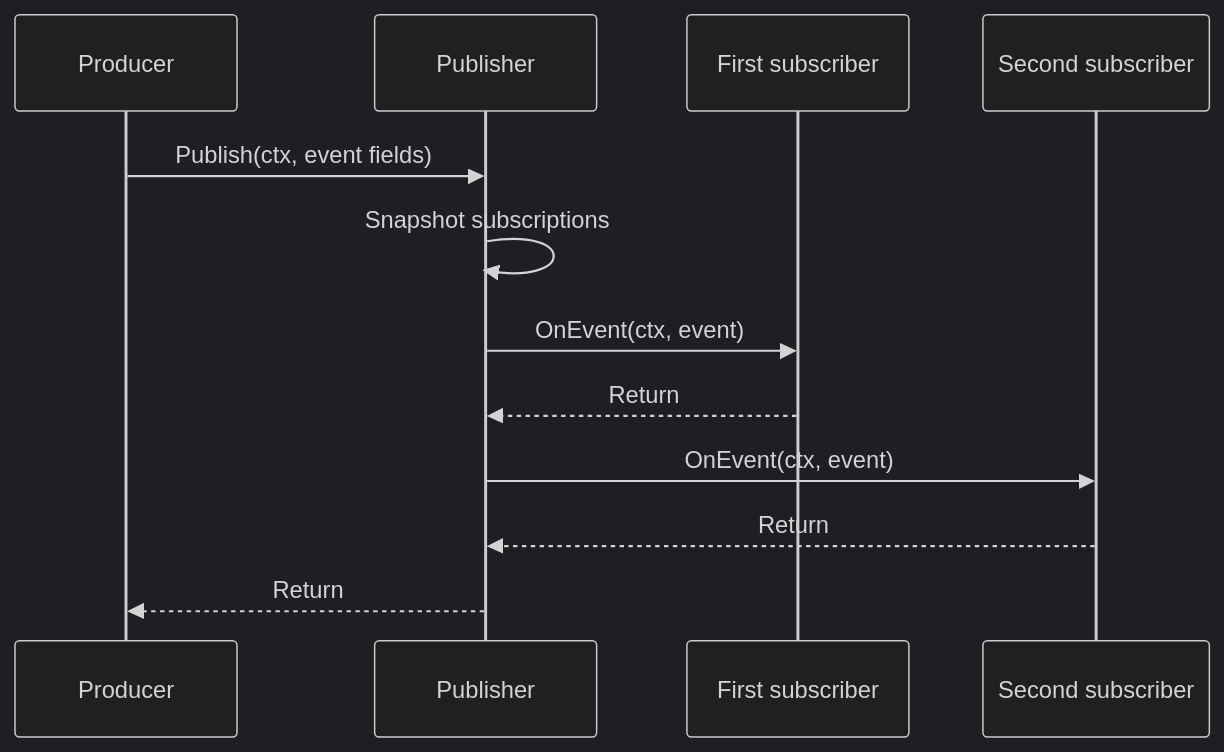
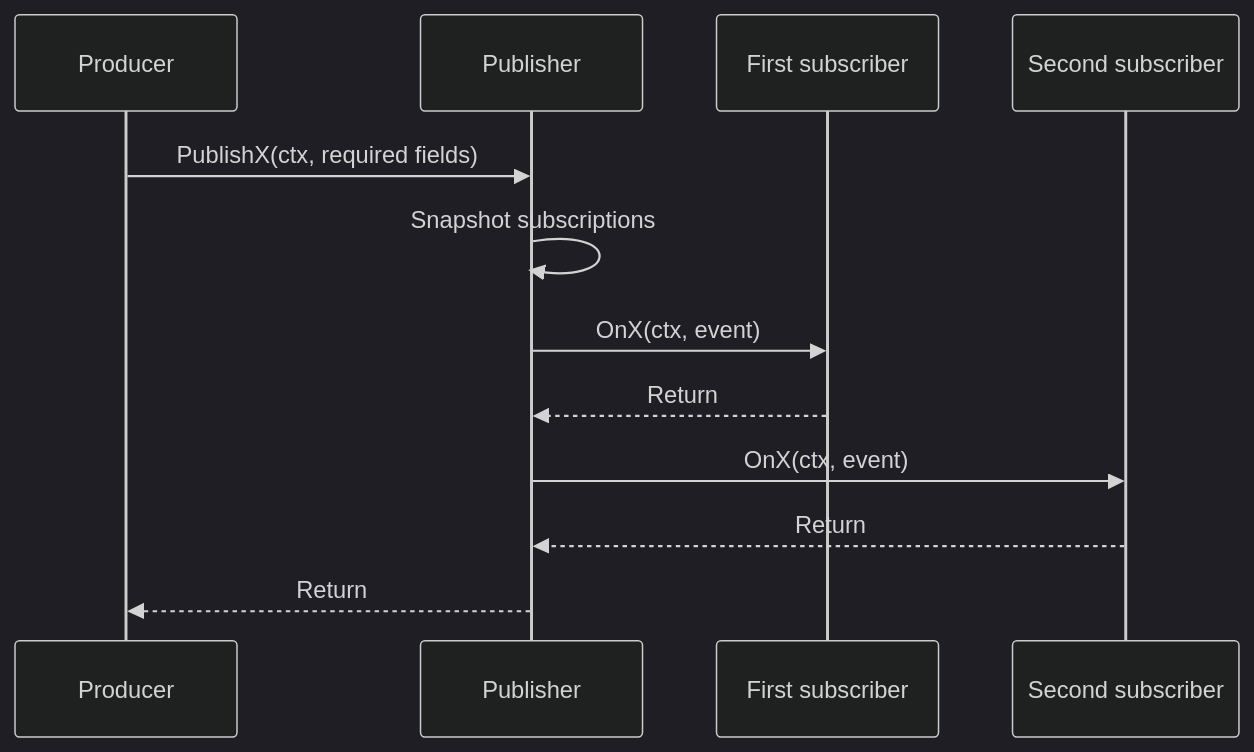
The second of 4 diagrams in docs/dev/lifecycle-events.md (futrx-com/remote.futrx), drawn with Mermaid (dark theme) before and after one commit. The commit also changed other lines of this file, not shown here.

Commit message:
docs(lifecycle): document publisher API and events

````diff
--- a/docs/dev/lifecycle-events.md
+++ b/docs/dev/lifecycle-events.md
@@ -98,15 +290,15 @@
 ```mermaid
 sequenceDiagram
     participant Producer
     participant Publisher
     participant First as First subscriber
     participant Second as Second subscriber
 
-    Producer->>Publisher: Publish(ctx, event fields)
+    Producer->>Publisher: PublishX(ctx, required fields)
     Publisher->>Publisher: Snapshot subscriptions
-    Publisher->>First: OnEvent(ctx, event)
+    Publisher->>First: OnX(ctx, event)
     First-->>Publisher: Return
-    Publisher->>Second: OnEvent(ctx, event)
+    Publisher->>Second: OnX(ctx, event)
     Second-->>Publisher: Return
     Publisher-->>Producer: Return
 ```
````
